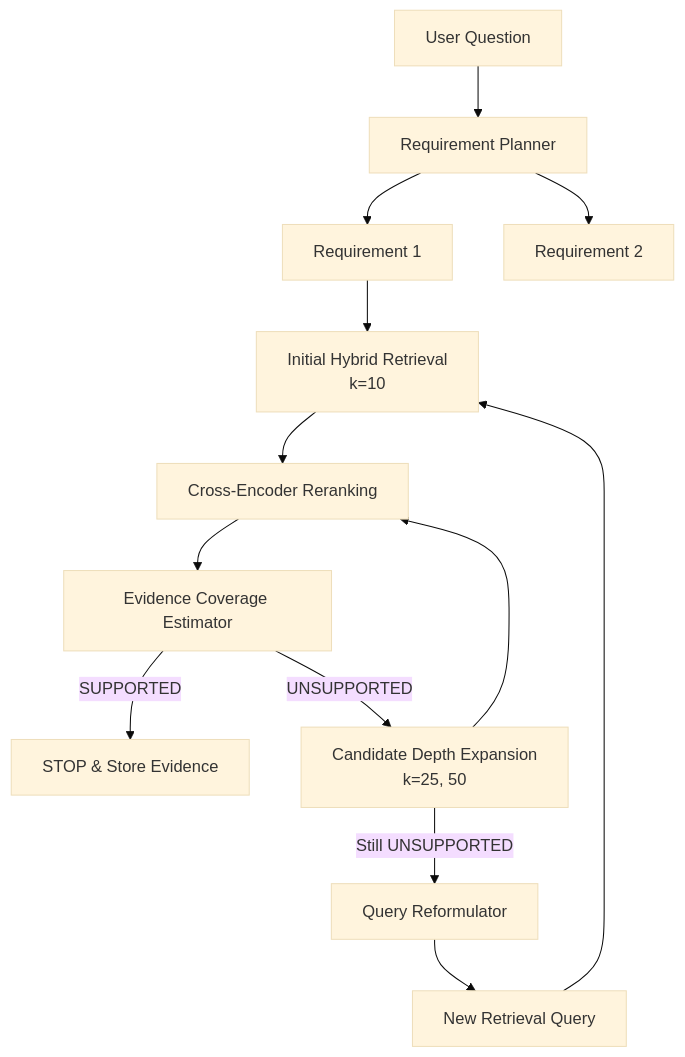
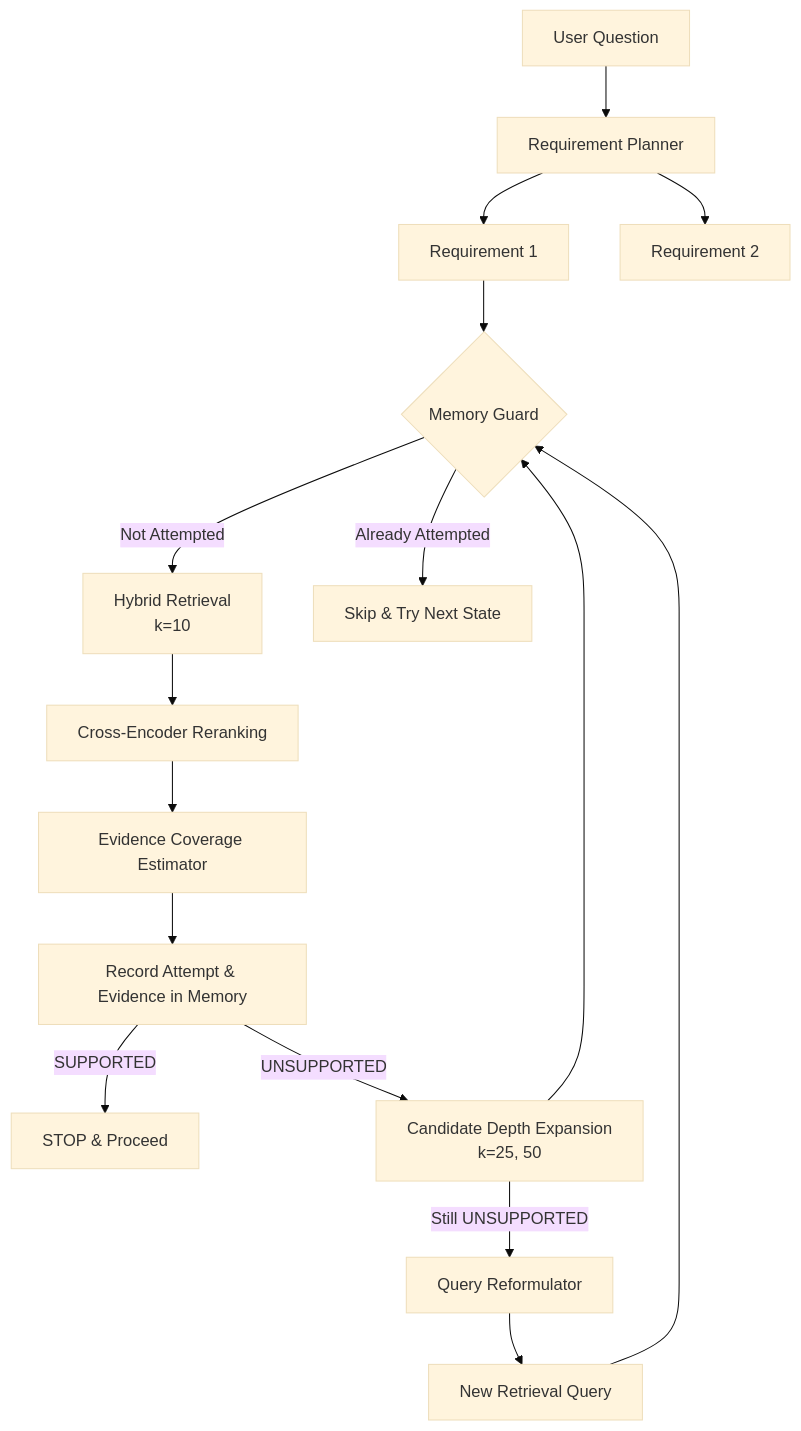
One commit to Saravanan2005real/aeris-improving-rag-reliability-via-adaptive-evidence-acquisition changed the diagram in README.md. Above: the diagram before and after it, drawn with Mermaid (base theme). The commit also changed other lines of this file and 9 other files, not shown here.

Commit message:
Implement Retrieval Memory and Memory-Aware Adaptive Controller (Steps 11A-11C)

````diff
--- a/README.md
+++ b/README.md
@@ -35,20 +39,24 @@
 ```mermaid
 graph TD
     UserQ[User Question] --> Planner[Requirement Planner]
     
     Planner --> R1[Requirement 1]
     Planner --> R2[Requirement 2]
     
-    R1 --> InitialRet[Initial Hybrid Retrieval<br>k=10]
+    R1 --> MemCheck{Memory Guard}
+    MemCheck -->|Not Attempted| InitialRet[Hybrid Retrieval<br>k=10]
+    MemCheck -->|Already Attempted| Skip[Skip & Try Next State]
+    
     InitialRet --> Rerank[Cross-Encoder Reranking]
     Rerank --> Coverage[Evidence Coverage Estimator]
+    Coverage --> MemStore[Record Attempt & Evidence in Memory]
     
-    Coverage -->|SUPPORTED| Stop[STOP & Store Evidence]
-    Coverage -->|UNSUPPORTED| AdaptDepth[Candidate Depth Expansion<br>k=25, 50]
+    MemStore -->|SUPPORTED| Stop[STOP & Proceed]
+    MemStore -->|UNSUPPORTED| AdaptDepth[Candidate Depth Expansion<br>k=25, 50]
     
-    AdaptDepth --> Rerank
+    AdaptDepth --> MemCheck
     
     AdaptDepth -->|Still UNSUPPORTED| Reformulate[Query Reformulator]
     Reformulate --> NewQuery[New Retrieval Query]
-    NewQuery --> InitialRet
+    NewQuery --> MemCheck
 ```
````
